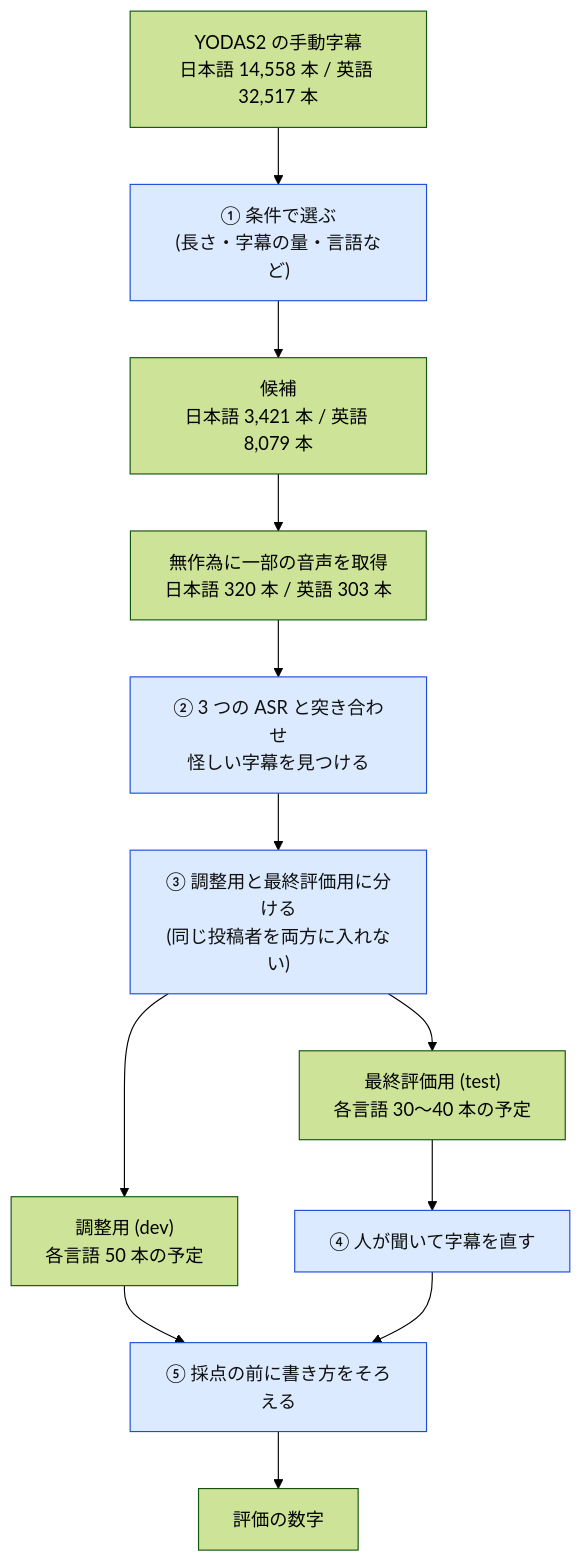
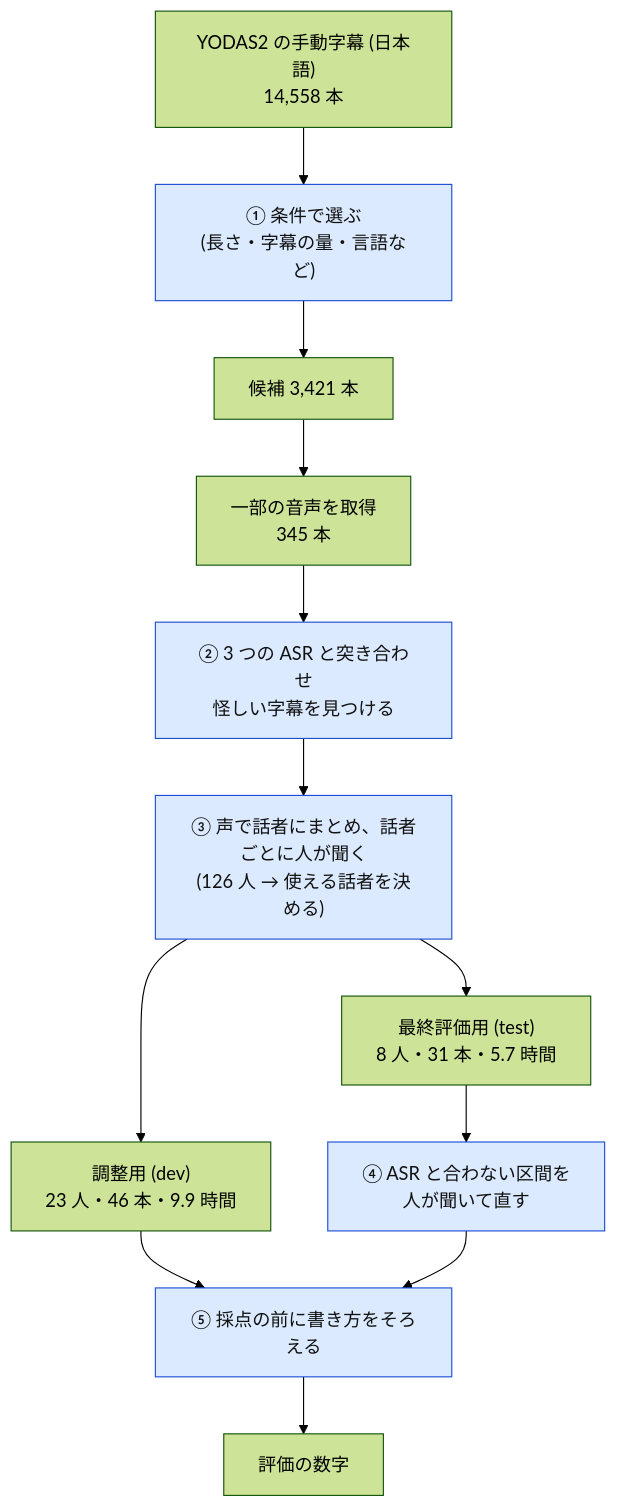
One commit to Mega-Gorilla/livecap-cli changed the first of 6 diagrams in docs/guides/benchmark/yodas2-longform-dataset.md. Above: the diagram before and after it, drawn with Mermaid (forest theme). The commit also changed other lines of this file and 86 other files, not shown here.

````diff
--- a/docs/guides/benchmark/yodas2-longform-dataset.md
+++ b/docs/guides/benchmark/yodas2-longform-dataset.md
@@ -17,19 +19,19 @@
 ```mermaid
 flowchart TD
-    A["YODAS2 の手動字幕<br/>日本語 14,558 本 / 英語 32,517 本"] --> B["① 条件で選ぶ<br/>(長さ・字幕の量・言語など)"]
-    B --> C["候補<br/>日本語 3,421 本 / 英語 8,079 本"]
-    C --> D["無作為に一部の音声を取得<br/>日本語 320 本 / 英語 303 本"]
+    A["YODAS2 の手動字幕 (日本語)<br/>14,558 本"] --> B["① 条件で選ぶ<br/>(長さ・字幕の量・言語など)"]
+    B --> C["候補 3,421 本"]
+    C --> D["一部の音声を取得<br/>345 本"]
     D --> E["② 3 つの ASR と突き合わせ<br/>怪しい字幕を見つける"]
-    E --> F["③ 調整用と最終評価用に分ける<br/>(同じ投稿者を両方に入れない)"]
-    F --> G["調整用 (dev)<br/>各言語 50 本の予定"]
-    F --> H["最終評価用 (test)<br/>各言語 30〜40 本の予定"]
-    H --> I["④ 人が聞いて字幕を直す"]
+    E --> F["③ 声で話者にまとめ、話者ごとに人が聞く<br/>(126 人 → 使える話者を決める)"]
+    F --> G["調整用 (dev)<br/>23 人・46 本・9.9 時間"]
+    F --> H["最終評価用 (test)<br/>8 人・31 本・5.7 時間"]
+    H --> I["④ ASR と合わない区間を<br/>人が聞いて直す"]
     G --> J["⑤ 採点の前に書き方をそろえる"]
     I --> J
     J --> K["評価の数字"]
     style B fill:#dbeafe,stroke:#1d4ed8,color:#111
     style E fill:#dbeafe,stroke:#1d4ed8,color:#111
     style F fill:#dbeafe,stroke:#1d4ed8,color:#111
     style I fill:#dbeafe,stroke:#1d4ed8,color:#111
     style J fill:#dbeafe,stroke:#1d4ed8,color:#111
 ```
````
